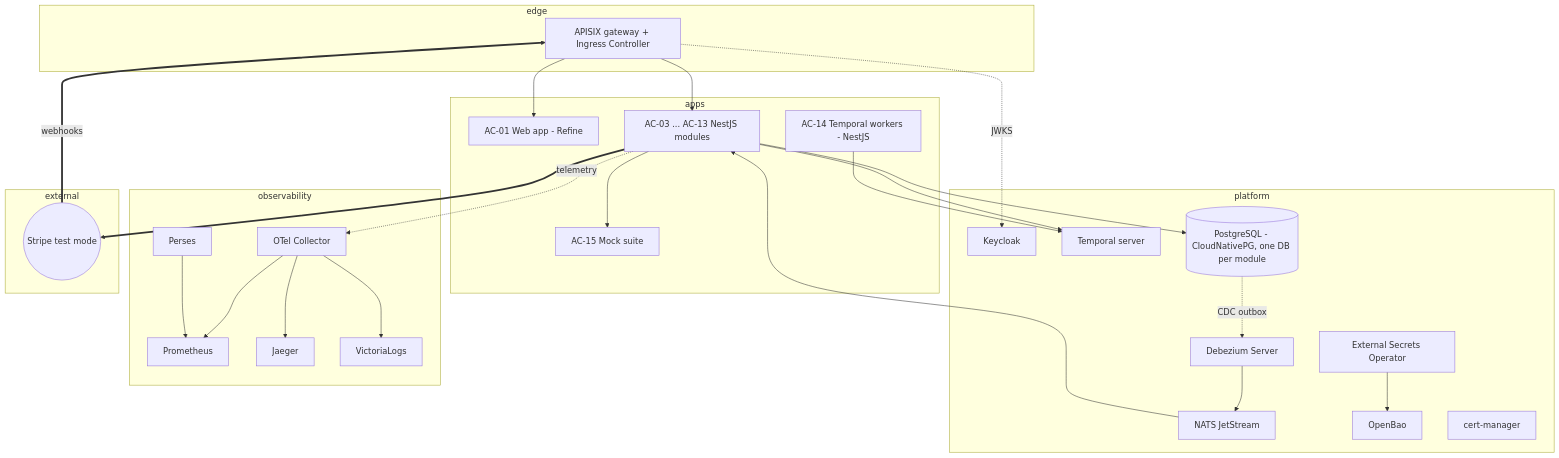
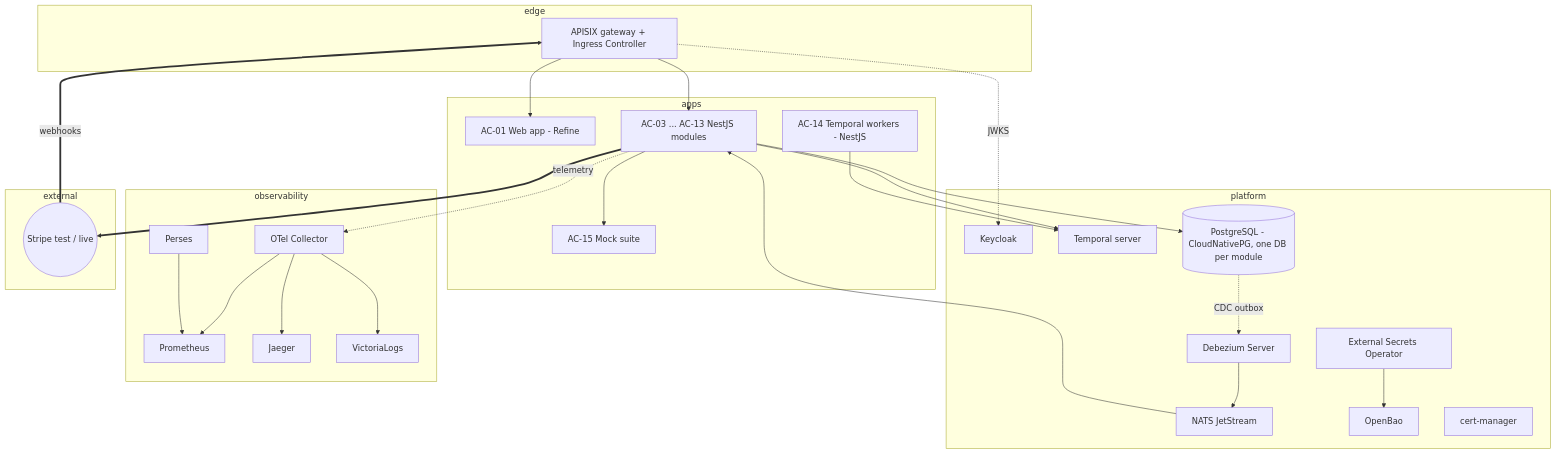
The first of 4 diagrams in docs/architecture/04-technical-architecture.md (blooo-io/intelligent-eu-bps-source), drawn with Mermaid before and after one commit. The commit also changed other lines of this file and 96 other files, not shown here.

````diff
--- a/docs/architecture/04-technical-architecture.md
+++ b/docs/architecture/04-technical-architecture.md
@@ -196,50 +197,50 @@
 ```mermaid
 %% elk %%
 flowchart TB
   subgraph Edge[edge]
     APISIX[APISIX gateway + Ingress Controller]
   end
   subgraph Apps[apps]
     WEB[AC-01 Web app - Refine]
     MODS[AC-03 ... AC-13 NestJS modules]
     TW[AC-14 Temporal workers - NestJS]
     MOCK[AC-15 Mock suite]
   end
   subgraph Platform[platform]
     KC[Keycloak]
     TMP[Temporal server]
     NATS[NATS JetStream]
     DBZ[Debezium Server]
     PG[(PostgreSQL - CloudNativePG, one DB per module)]
     ESO[External Secrets Operator]
     BAO[OpenBao]
     CM[cert-manager]
   end
   subgraph Obs[observability]
     OTEL[OTel Collector]
     PROM[Prometheus]
     JAE[Jaeger]
     VL[VictoriaLogs]
     PER[Perses]
   end
   subgraph Ext[external]
-    STRIPE((Stripe test mode))
+    STRIPE((Stripe test / live))
   end
   APISIX --> WEB
   APISIX --> MODS
   APISIX -. JWKS .-> KC
   MODS --> PG
   MODS --> TMP
   TW --> TMP
   MODS --> MOCK
   PG -. CDC outbox .-> DBZ --> NATS
   NATS --> MODS
   MODS ==> STRIPE
   STRIPE == webhooks ==> APISIX
   ESO --> BAO
   MODS -. telemetry .-> OTEL
   OTEL --> PROM
   OTEL --> JAE
   OTEL --> VL
   PER --> PROM
 ```
````
